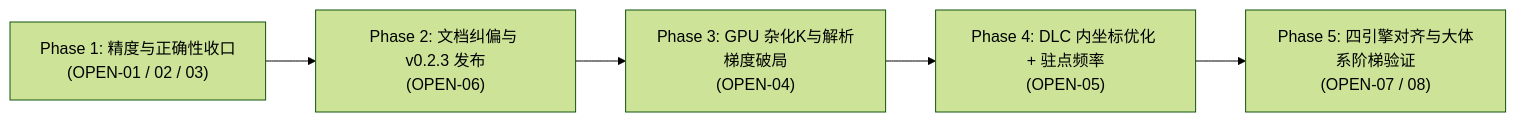
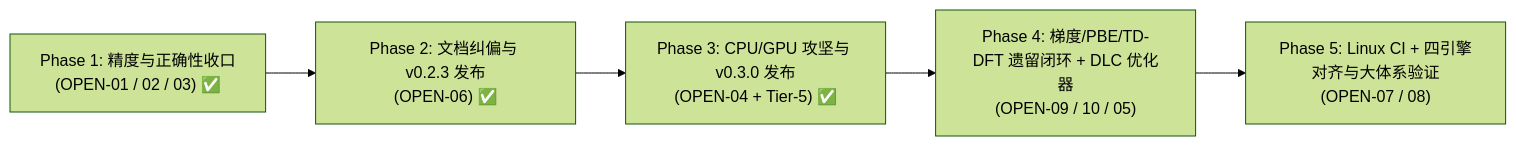
The diagram in docs/ROADMAP_AND_ISSUES.md (yangdw2024/CalChem), drawn with Mermaid (forest theme) before and after one commit. The commit also changed other lines of this file and 5 other files, not shown here.

````diff
--- a/docs/ROADMAP_AND_ISSUES.md
+++ b/docs/ROADMAP_AND_ISSUES.md
@@ -64,9 +55,9 @@
 ```mermaid
 flowchart LR
-    P1["Phase 1: 精度与正确性收口\n(OPEN-01 / 02 / 03)"]
-    P2["Phase 2: 文档纠偏与 v0.2.3 发布\n(OPEN-06)"]
-    P3["Phase 3: GPU 杂化K与解析梯度破局\n(OPEN-04)"]
-    P4["Phase 4: DLC 内坐标优化 + 驻点频率\n(OPEN-05)"]
-    P5["Phase 5: 四引擎对齐与大体系阶梯验证\n(OPEN-07 / 08)"]
+    P1["Phase 1: 精度与正确性收口\n(OPEN-01 / 02 / 03) ✅"]
+    P2["Phase 2: 文档纠偏与 v0.2.3 发布\n(OPEN-06) ✅"]
+    P3["Phase 3: CPU/GPU 攻坚与 v0.3.0 发布\n(OPEN-04 + Tier-5) ✅"]
+    P4["Phase 4: 梯度/PBE/TD-DFT 遗留闭环 + DLC 优化器\n(OPEN-09 / 10 / 05)"]
+    P5["Phase 5: Linux CI + 四引擎对齐与大体系验证\n(OPEN-07 / 08)"]
     P1 --> P2 --> P3 --> P4 --> P5
 ```
````
